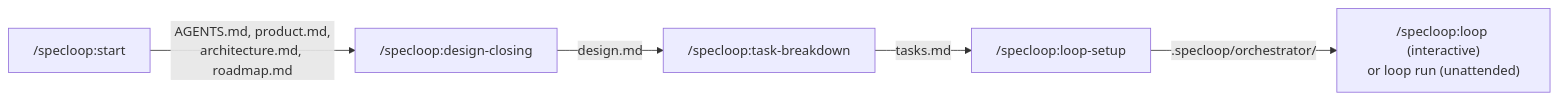
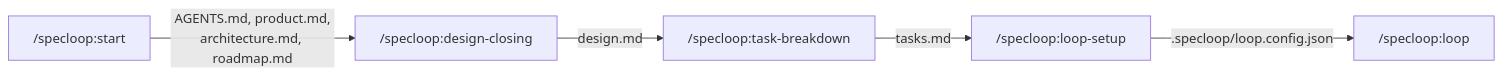
Before and after one commit to SebassContreras/specloop: the diagram in README.md, drawn with Mermaid. The commit also changed other lines of this file and 73 other files, not shown here.

````diff
--- a/README.md
+++ b/README.md
@@ -22,7 +22,7 @@
 ```mermaid
 flowchart LR
     A["/specloop:start"] -->|"AGENTS.md, product.md,<br/>architecture.md, roadmap.md"| B["/specloop:design-closing"]
     B -->|"design.md"| C["/specloop:task-breakdown"]
     C -->|"tasks.md"| D["/specloop:loop-setup"]
-    D -->|".specloop/orchestrator/"| E["/specloop:loop (interactive)<br/>or loop run (unattended)"]
+    D -->|".specloop/loop.config.json"| E["/specloop:loop"]
 ```
````
